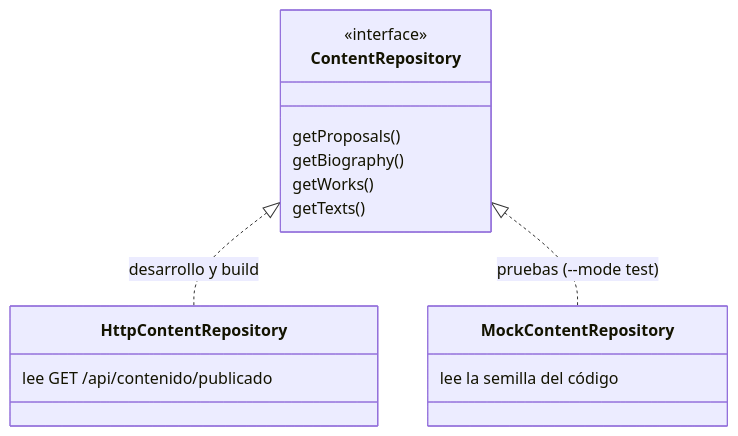
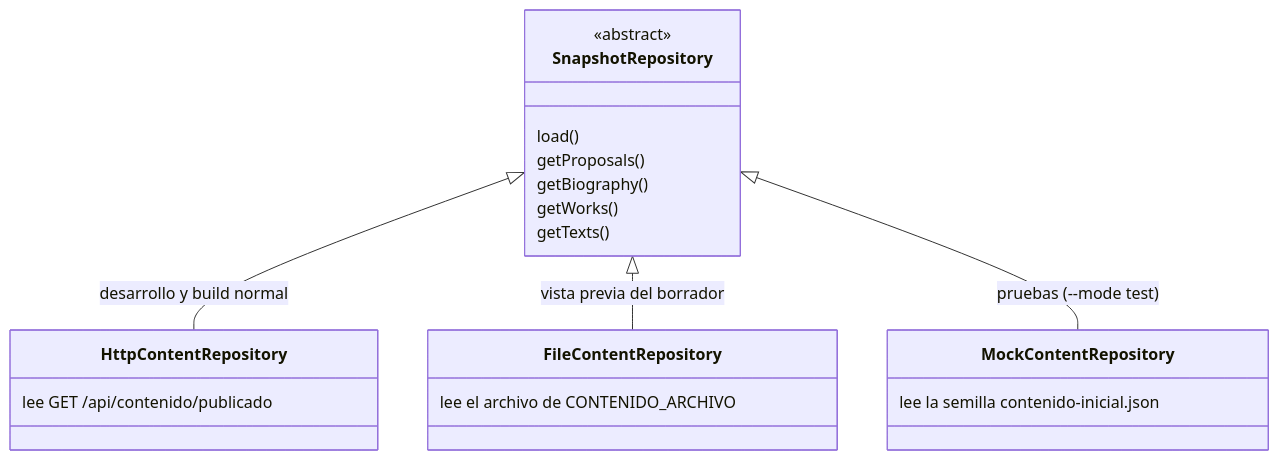
Before and after one commit to exinoss/web-astudillo: the fifth of 8 diagrams in docs/como-funciona-la-publicacion.md, drawn with Mermaid. The commit also changed other lines of this file and 70 other files, not shown here.

````diff
--- a/docs/como-funciona-la-publicacion.md
+++ b/docs/como-funciona-la-publicacion.md
@@ -330,18 +348,23 @@
 ```mermaid
 classDiagram
-    class ContentRepository {
-        <<interface>>
+    class SnapshotRepository {
+        <<abstract>>
+        load()
         getProposals()
         getBiography()
         getWorks()
         getTexts()
     }
     class HttpContentRepository {
         lee GET /api/contenido/publicado
     }
+    class FileContentRepository {
+        lee el archivo de CONTENIDO_ARCHIVO
+    }
     class MockContentRepository {
-        lee la semilla del código
+        lee la semilla contenido-inicial.json
     }
-    ContentRepository <|.. HttpContentRepository : desarrollo y build
-    ContentRepository <|.. MockContentRepository : pruebas (--mode test)
+    SnapshotRepository <|-- HttpContentRepository : desarrollo y build normal
+    SnapshotRepository <|-- FileContentRepository : vista previa del borrador
+    SnapshotRepository <|-- MockContentRepository : pruebas (--mode test)
 ```
````
